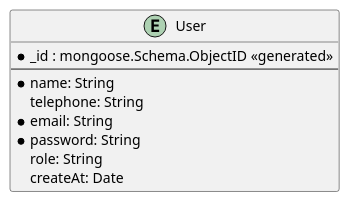
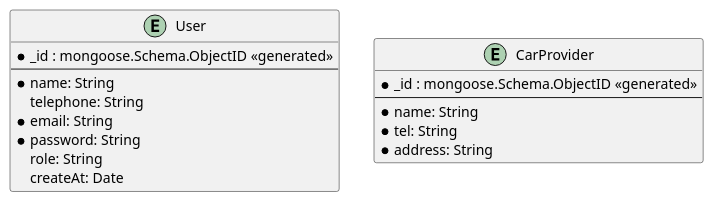
One commit to 2110503TACEDT66/presentation-day-1-yenkor changed the diagram in UML/ClassDiagram/classDiagram.puml. Above: the diagram before and after it, drawn with PlantUML.

Commit message:
Add CarProvider entity to class diagram

```diff
--- a/UML/ClassDiagram/classDiagram.puml
+++ b/UML/ClassDiagram/classDiagram.puml
@@ -1,12 +1,20 @@
 @startuml
 entity "User" as User {
     *_id : mongoose.Schema.ObjectID <<generated>>
     --
     *name: String
     telephone: String
     *email: String
     *password: String
     role: String
     createAt: Date
 }
+
+entity "CarProvider" as CarProvider {
+    *_id : mongoose.Schema.ObjectID <<generated>>
+    --
+    *name: String
+    *tel: String
+    *address: String
+}
 @enduml
```
